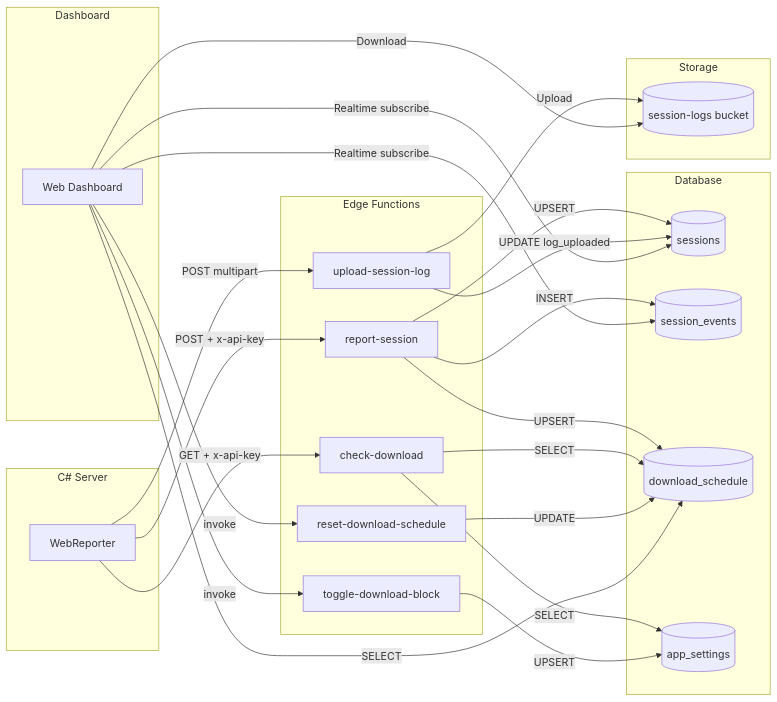
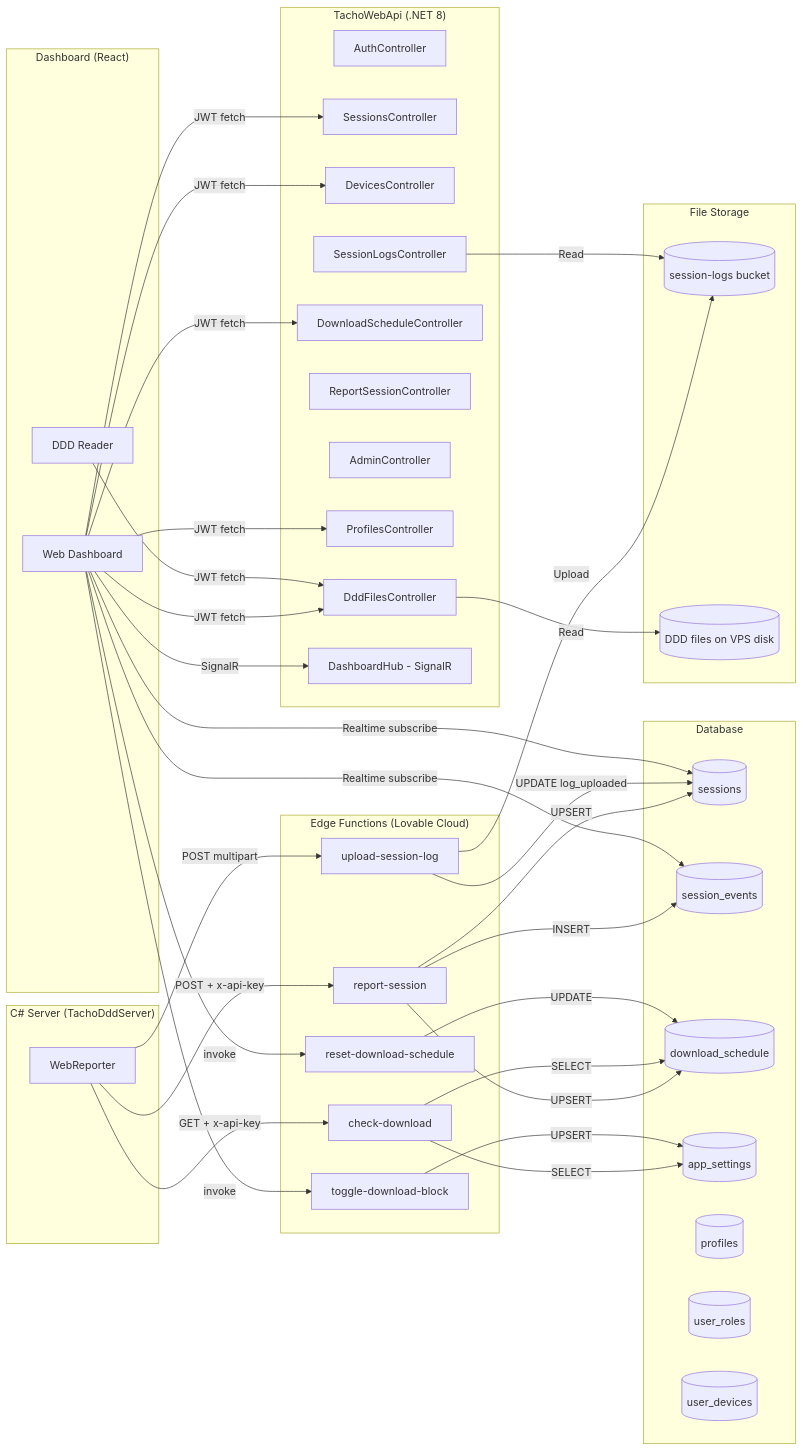
The sixth of 10 diagrams in docs/ARCHITECTURE.md (Triktrak-ai/teltest-87fc9cef), drawn with Mermaid before and after one commit. The commit also changed other lines of this file, not shown here.

````diff
--- a/docs/ARCHITECTURE.md
+++ b/docs/ARCHITECTURE.md
@@ -561,54 +561,79 @@
 ```mermaid
 graph LR
-    subgraph "C# Server"
+    subgraph "C# Server (TachoDddServer)"
         WR[WebReporter]
     end
 
-    subgraph "Edge Functions"
+    subgraph "TachoWebApi (.NET 8)"
+        AUTH[AuthController]
+        SESS[SessionsController]
+        DEV[DevicesController]
+        DDD[DddFilesController]
+        SCHED[DownloadScheduleController]
+        REPORT[ReportSessionController]
+        ADMIN[AdminController]
+        PROF[ProfilesController]
+        SLOG[SessionLogsController]
+        HUB[DashboardHub - SignalR]
+    end
+
+    subgraph "Edge Functions (Lovable Cloud)"
         RS[report-session]
         CD[check-download]
         UL[upload-session-log]
         TB[toggle-download-block]
         RDS[reset-download-schedule]
     end
 
     subgraph "Database"
         S[(sessions)]
         SE[(session_events)]
         DS[(download_schedule)]
         AS[(app_settings)]
+        P[(profiles)]
+        UR[(user_roles)]
+        UD[(user_devices)]
     end
 
-    subgraph "Storage"
+    subgraph "File Storage"
         SL[(session-logs bucket)]
+        DDDFS[(DDD files on VPS disk)]
     end
 
-    subgraph "Dashboard"
+    subgraph "Dashboard (React)"
         UI[Web Dashboard]
+        READER[DDD Reader]
     end
 
     WR -->|POST + x-api-key| RS
     WR -->|GET + x-api-key| CD
     WR -->|POST multipart| UL
 
     RS -->|UPSERT| S
     RS -->|INSERT| SE
     RS -->|UPSERT| DS
 
     CD -->|SELECT| DS
     CD -->|SELECT| AS
 
     UL -->|Upload| SL
     UL -->|UPDATE log_uploaded| S
 
     TB -->|UPSERT| AS
+    RDS -->|UPDATE| DS
 
-    RDS -->|UPDATE| DS
+    DDD -->|Read| DDDFS
+    SLOG -->|Read| SL
 
     UI -->|Realtime subscribe| S
     UI -->|Realtime subscribe| SE
-    UI -->|SELECT| DS
+    UI -->|JWT fetch| SESS
+    UI -->|JWT fetch| SCHED
+    UI -->|JWT fetch| DDD
+    UI -->|JWT fetch| DEV
+    UI -->|JWT fetch| PROF
+    UI -->|SignalR| HUB
     UI -->|invoke| TB
     UI -->|invoke| RDS
-    UI -->|Download| SL
+    READER -->|JWT fetch| DDD
 ```
````
